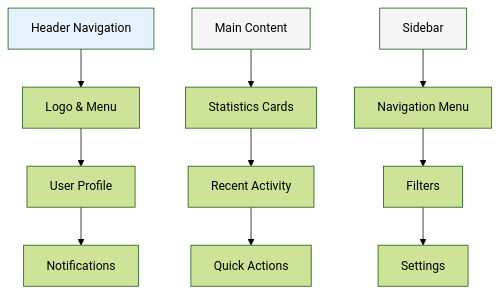
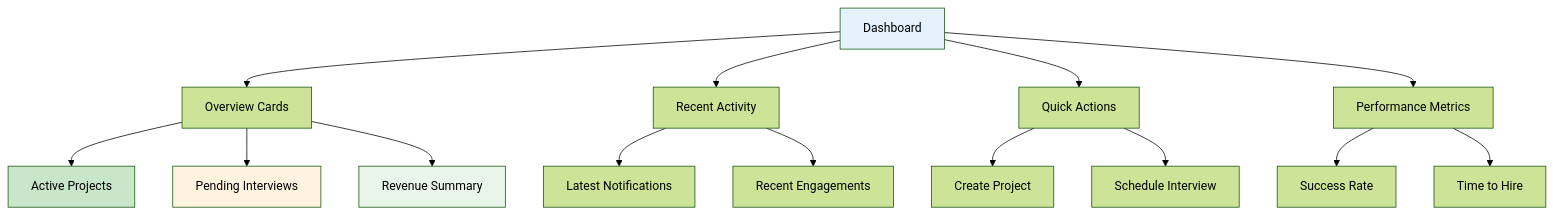
Before and after one commit to counttalita/benchwarmers: the eighth of 8 diagrams in docs/user-experience-guide.md, drawn with Mermaid (forest theme). The commit also changed other lines of this file and 8 other files, not shown here.

First line of the commit message:
fix: update documentation to reflect correct talent marketplace flow

````diff
--- a/docs/user-experience-guide.md
+++ b/docs/user-experience-guide.md
@@ -324,18 +264,22 @@
 ```mermaid
 graph TD
-    A[Header Navigation] --> B[Logo & Menu]
-    B --> C[User Profile]
-    C --> D[Notifications]
+    A[Dashboard] --> B[Overview Cards]
+    A --> C[Recent Activity]
+    A --> D[Quick Actions]
+    A --> E[Performance Metrics]
     
-    E[Main Content] --> F[Statistics Cards]
-    F --> G[Recent Activity]
-    G --> H[Quick Actions]
-    
-    I[Sidebar] --> J[Navigation Menu]
-    J --> K[Filters]
-    K --> L[Settings]
+    B --> F[Active Projects]
+    B --> G[Pending Interviews]
+    B --> H[Revenue Summary]
+    C --> I[Latest Notifications]
+    C --> J[Recent Engagements]
+    D --> K[Create Project]
+    D --> L[Schedule Interview]
+    E --> M[Success Rate]
+    E --> N[Time to Hire]
     
     style A fill:#e3f2fd
-    style E fill:#f5f5f5
-    style I fill:#f5f5f5
+    style F fill:#c8e6c9
+    style G fill:#fff3e0
+    style H fill:#e8f5e8
 ```
````
